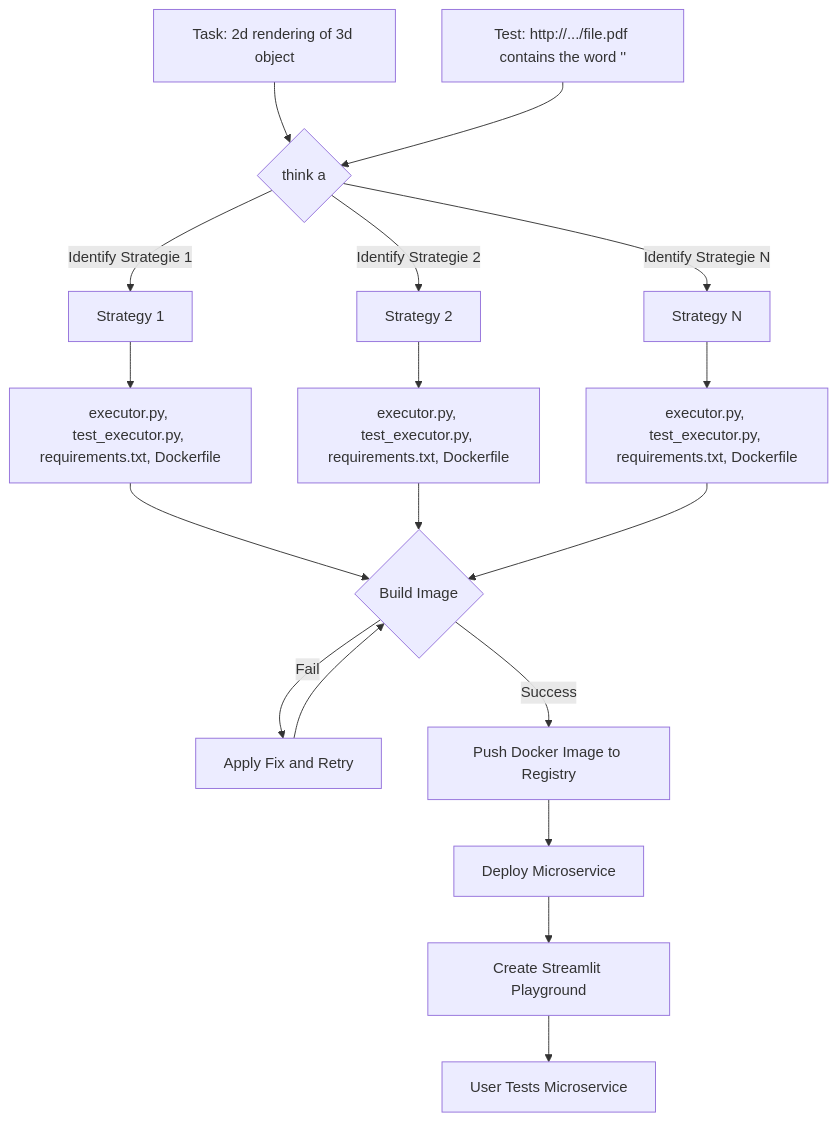
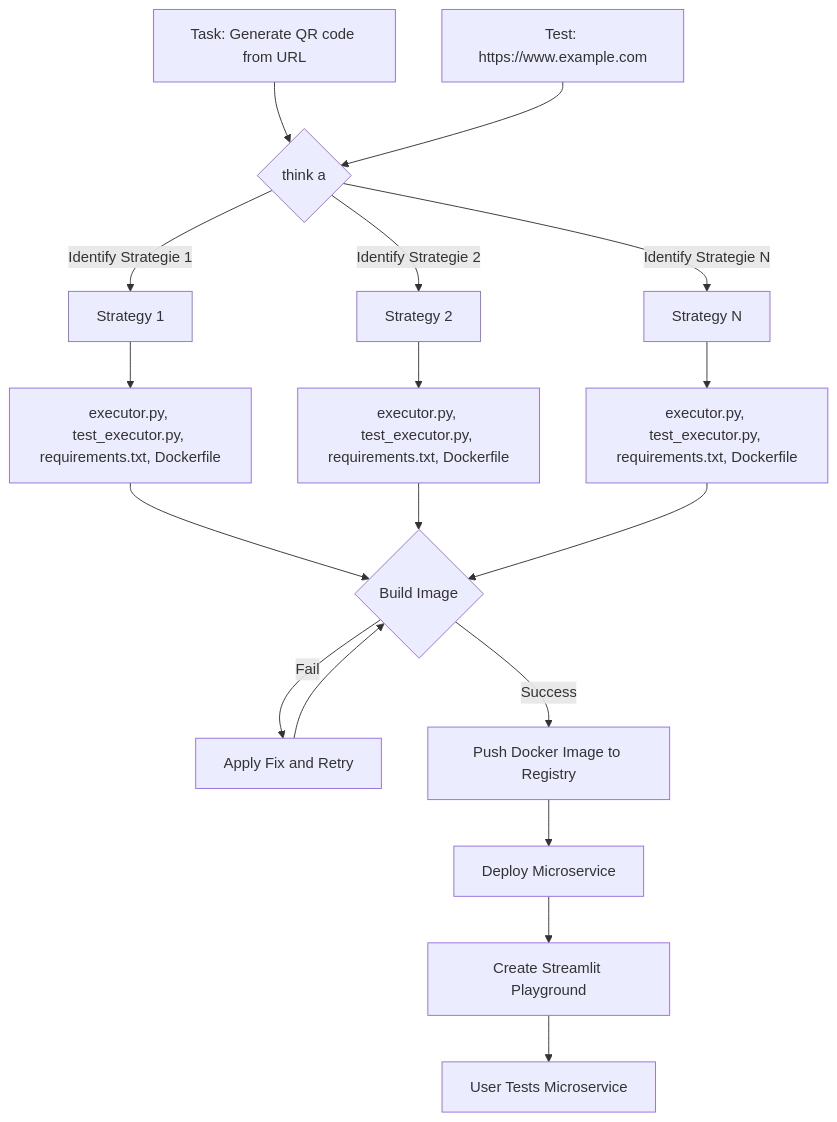
Before and after one commit to jina-ai/dev-gpt: the diagram in README.md, drawn with Mermaid. The commit also changed other lines of this file and 1 other file, not shown here.

````diff
--- a/README.md
+++ b/README.md
@@ -23,20 +23,20 @@
 ```mermaid
 graph TB
-    AA[Task: 2d rendering of 3d object] --> B{think a}
-    AB[Test: http://.../file.pdf contains the word ''] --> B{think a}
+    AA[Task: Generate QR code from URL] --> B{think a}
+    AB[Test: https://www.example.com] --> B{think a}
     B -->|Identify Strategie 1| C[Strategy 1]
     B -->|Identify Strategie 2| D[Strategy 2]
     B -->|Identify Strategie N| E[Strategy N]
     C --> F[executor.py, test_executor.py, requirements.txt, Dockerfile]
     D --> G[executor.py, test_executor.py, requirements.txt, Dockerfile]
     E --> H[executor.py, test_executor.py, requirements.txt, Dockerfile]
     F --> I{Build Image}
     G --> I
     H --> I
     I -->|Fail| J[Apply Fix and Retry]
     J --> I
     I -->|Success| K[Push Docker Image to Registry]
     K --> L[Deploy Microservice]
     L --> M[Create Streamlit Playground]
     M --> N[User Tests Microservice]
 ```
````
